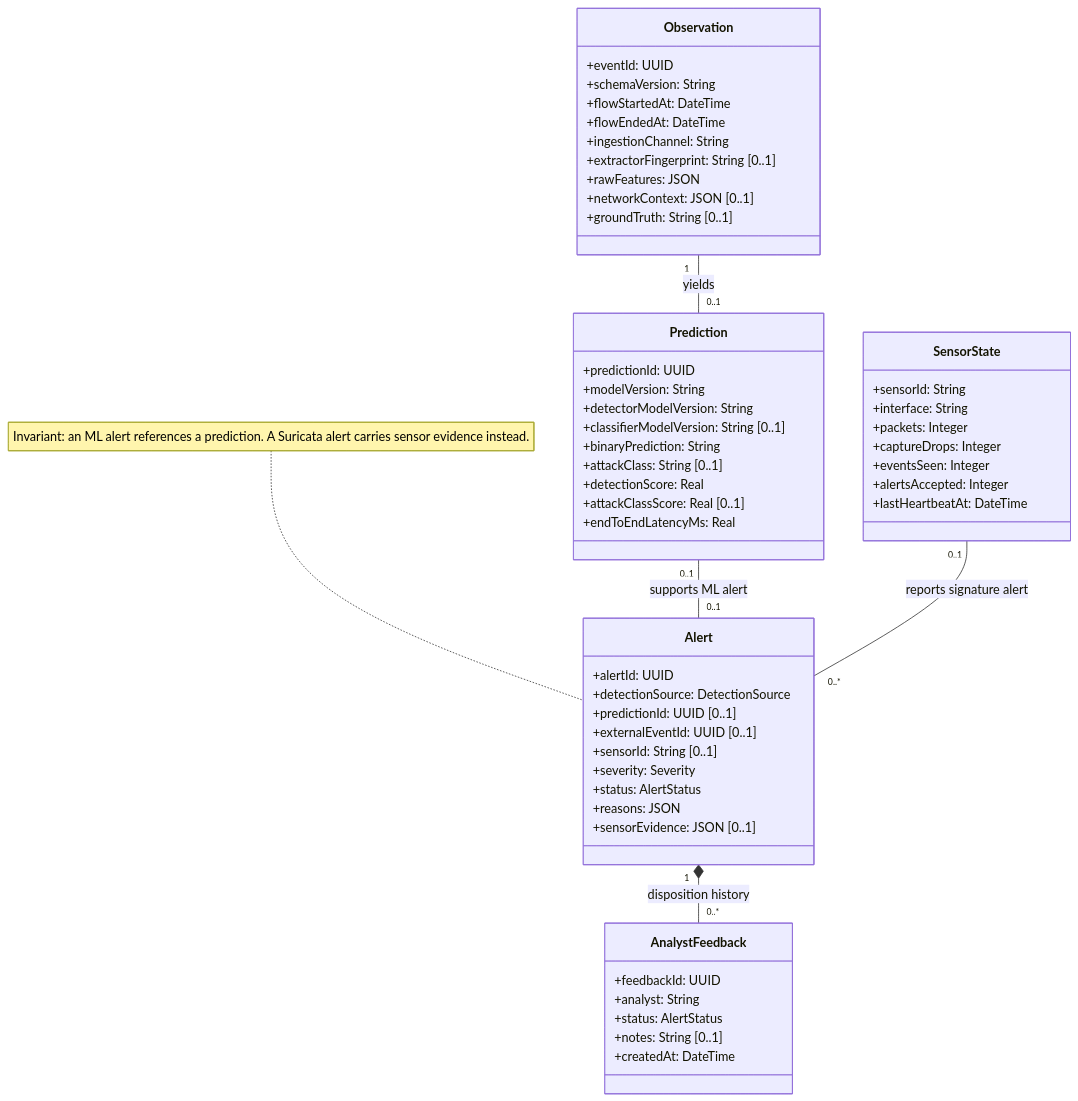
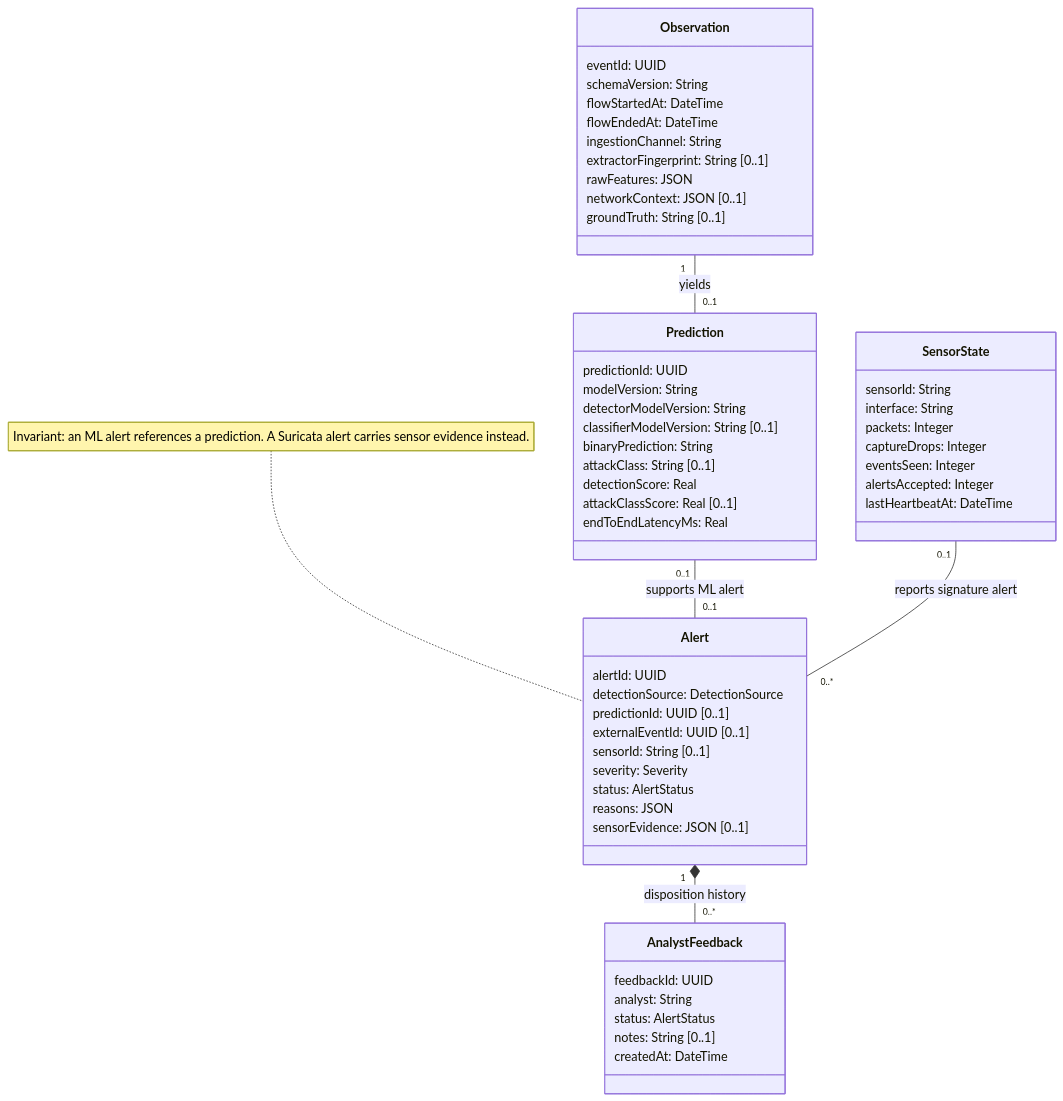
Before and after one commit to ZakariaElKhaldi/4iir-sr: the diagram in diagrams/03-domain-classes.mmd, drawn with Mermaid. The commit also changed 29 other files, not shown here.

```diff
--- a/diagrams/03-domain-classes.mmd
+++ b/diagrams/03-domain-classes.mmd
@@ -1,63 +1,63 @@
 classDiagram
     direction TB
 
     class Observation {
-        +eventId: UUID
-        +schemaVersion: String
-        +flowStartedAt: DateTime
-        +flowEndedAt: DateTime
-        +ingestionChannel: String
-        +extractorFingerprint: String [0..1]
-        +rawFeatures: JSON
-        +networkContext: JSON [0..1]
-        +groundTruth: String [0..1]
+        eventId: UUID
+        schemaVersion: String
+        flowStartedAt: DateTime
+        flowEndedAt: DateTime
+        ingestionChannel: String
+        extractorFingerprint: String [0..1]
+        rawFeatures: JSON
+        networkContext: JSON [0..1]
+        groundTruth: String [0..1]
     }
 
     class Prediction {
-        +predictionId: UUID
-        +modelVersion: String
-        +detectorModelVersion: String
-        +classifierModelVersion: String [0..1]
-        +binaryPrediction: String
-        +attackClass: String [0..1]
-        +detectionScore: Real
-        +attackClassScore: Real [0..1]
-        +endToEndLatencyMs: Real
+        predictionId: UUID
+        modelVersion: String
+        detectorModelVersion: String
+        classifierModelVersion: String [0..1]
+        binaryPrediction: String
+        attackClass: String [0..1]
+        detectionScore: Real
+        attackClassScore: Real [0..1]
+        endToEndLatencyMs: Real
     }
 
     class Alert {
-        +alertId: UUID
-        +detectionSource: DetectionSource
-        +predictionId: UUID [0..1]
-        +externalEventId: UUID [0..1]
-        +sensorId: String [0..1]
-        +severity: Severity
-        +status: AlertStatus
-        +reasons: JSON
-        +sensorEvidence: JSON [0..1]
+        alertId: UUID
+        detectionSource: DetectionSource
+        predictionId: UUID [0..1]
+        externalEventId: UUID [0..1]
+        sensorId: String [0..1]
+        severity: Severity
+        status: AlertStatus
+        reasons: JSON
+        sensorEvidence: JSON [0..1]
     }
 
     class AnalystFeedback {
-        +feedbackId: UUID
-        +analyst: String
-        +status: AlertStatus
-        +notes: String [0..1]
-        +createdAt: DateTime
+        feedbackId: UUID
+        analyst: String
+        status: AlertStatus
+        notes: String [0..1]
+        createdAt: DateTime
     }
 
     class SensorState {
-        +sensorId: String
-        +interface: String
-        +packets: Integer
-        +captureDrops: Integer
-        +eventsSeen: Integer
-        +alertsAccepted: Integer
-        +lastHeartbeatAt: DateTime
+        sensorId: String
+        interface: String
+        packets: Integer
+        captureDrops: Integer
+        eventsSeen: Integer
+        alertsAccepted: Integer
+        lastHeartbeatAt: DateTime
     }
 
     Observation "1" -- "0..1" Prediction : yields
     Prediction "0..1" -- "0..1" Alert : supports ML alert
     SensorState "0..1" -- "0..*" Alert : reports signature alert
     Alert "1" *-- "0..*" AnalystFeedback : disposition history
 
     note for Alert "Invariant: an ML alert references a prediction. A Suricata alert carries sensor evidence instead."
```
